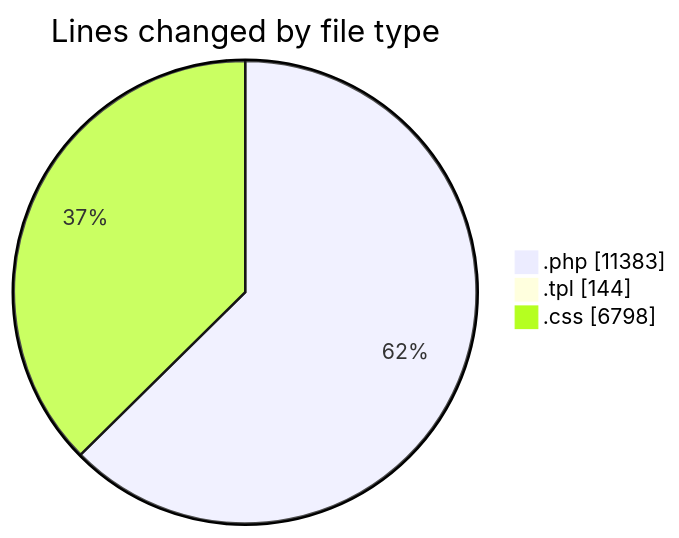
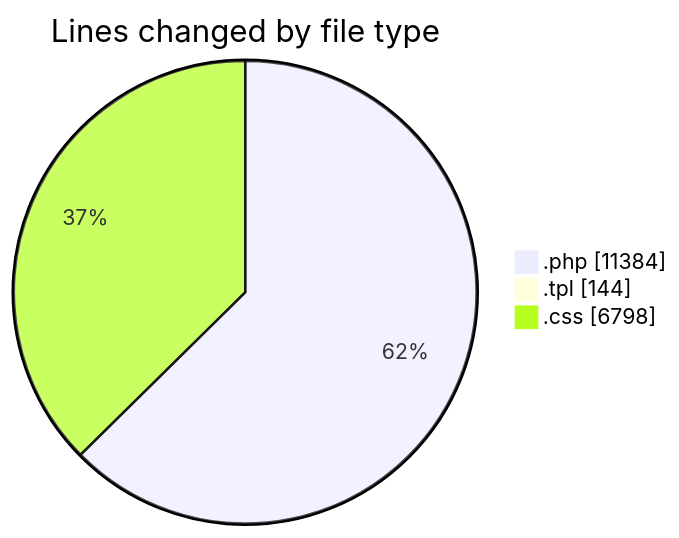
One commit to vahidmafi/code-tracking changed the first of 2 diagrams in 2025-10-04/shop/README.md. Above: the diagram before and after it, drawn with Mermaid. The commit also changed other lines of this file and 1 other file, not shown here.

````diff
--- a/2025-10-04/shop/README.md
+++ b/2025-10-04/shop/README.md
@@ -41,7 +41,7 @@
 ```mermaid
 pie showData
 title Lines changed by file type
-".php" : 11383
+".php" : 11384
 ".tpl" : 144
 ".css" : 6798
 ```
````
